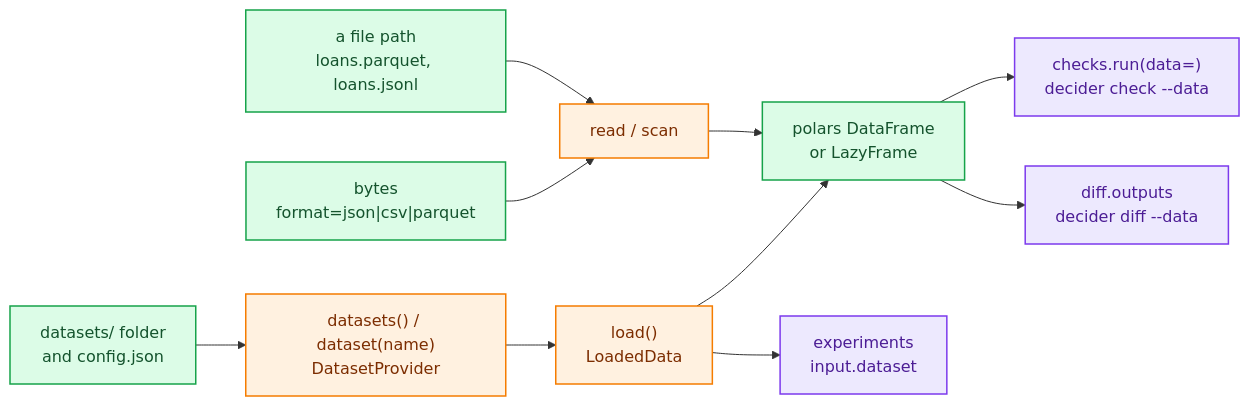
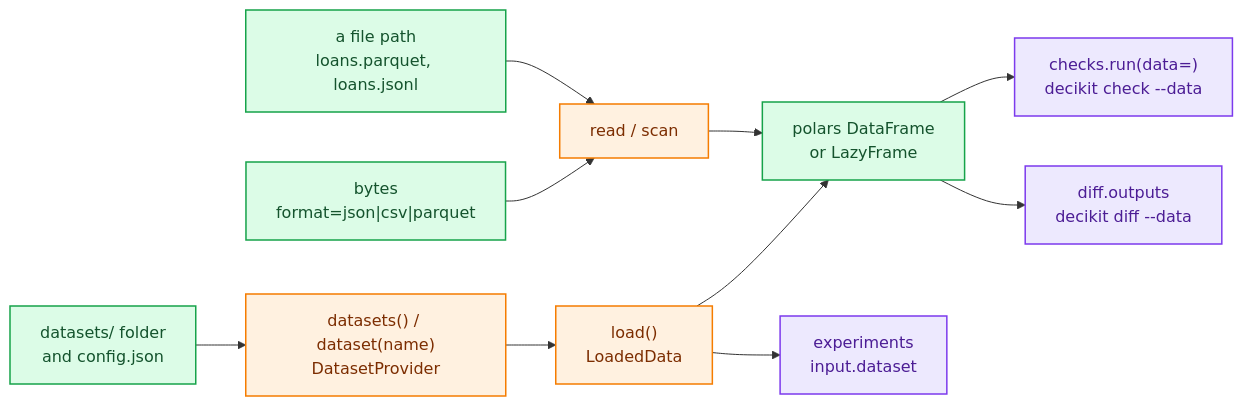
One commit to capitec/dsp-decision-engine changed the diagram in docs/guides/data-and-datasets.md. Above: the diagram before and after it, drawn with Mermaid. The commit also changed other lines of this file and 1292 other files, not shown here.

Commit message:
rename decider to decikit: package, CLI, DECIKIT_* settings, plugin, extension, docs prose says decider toolkit

````diff
--- a/docs/guides/data-and-datasets.md
+++ b/docs/guides/data-and-datasets.md
@@ -7,18 +7,18 @@
 ```mermaid
 flowchart LR
     F["a file path<br/>loans.parquet, loans.jsonl"] --> R["read / scan"]
     B["bytes<br/>format=json|csv|parquet"] --> R
     D["datasets/ folder<br/>and config.json"] --> P["datasets() / dataset(name)<br/>DatasetProvider"]
     P --> L["load()<br/>LoadedData"]
     R --> FR["polars DataFrame<br/>or LazyFrame"]
     L --> FR
-    FR --> C["checks.run(data=)<br/>decider check --data"]
-    FR --> X["diff.outputs<br/>decider diff --data"]
+    FR --> C["checks.run(data=)<br/>decikit check --data"]
+    FR --> X["diff.outputs<br/>decikit diff --data"]
     L --> E["experiments<br/>input.dataset"]
     classDef data fill:#dcfce7,stroke:#16a34a,color:#14532d,stroke-width:1.5px;
     classDef tooling fill:#ede9fe,stroke:#7c3aed,color:#4c1d95,stroke-width:1.5px;
     classDef authoring fill:#fff1e0,stroke:#f57c00,color:#7c2d00,stroke-width:1.5px;
     class F,B,D,FR data
     class R,P,L authoring
     class C,X,E tooling
 ```
````
